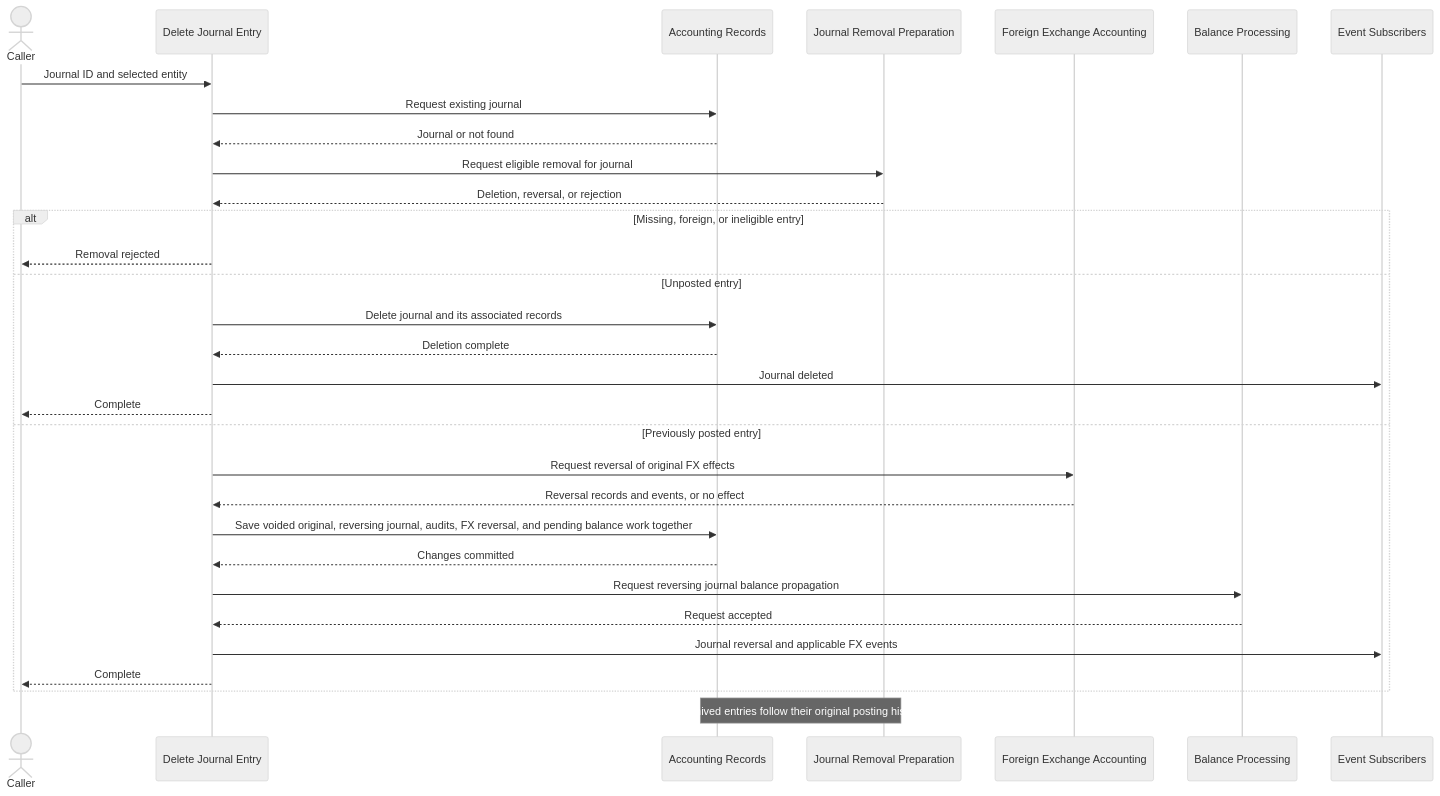
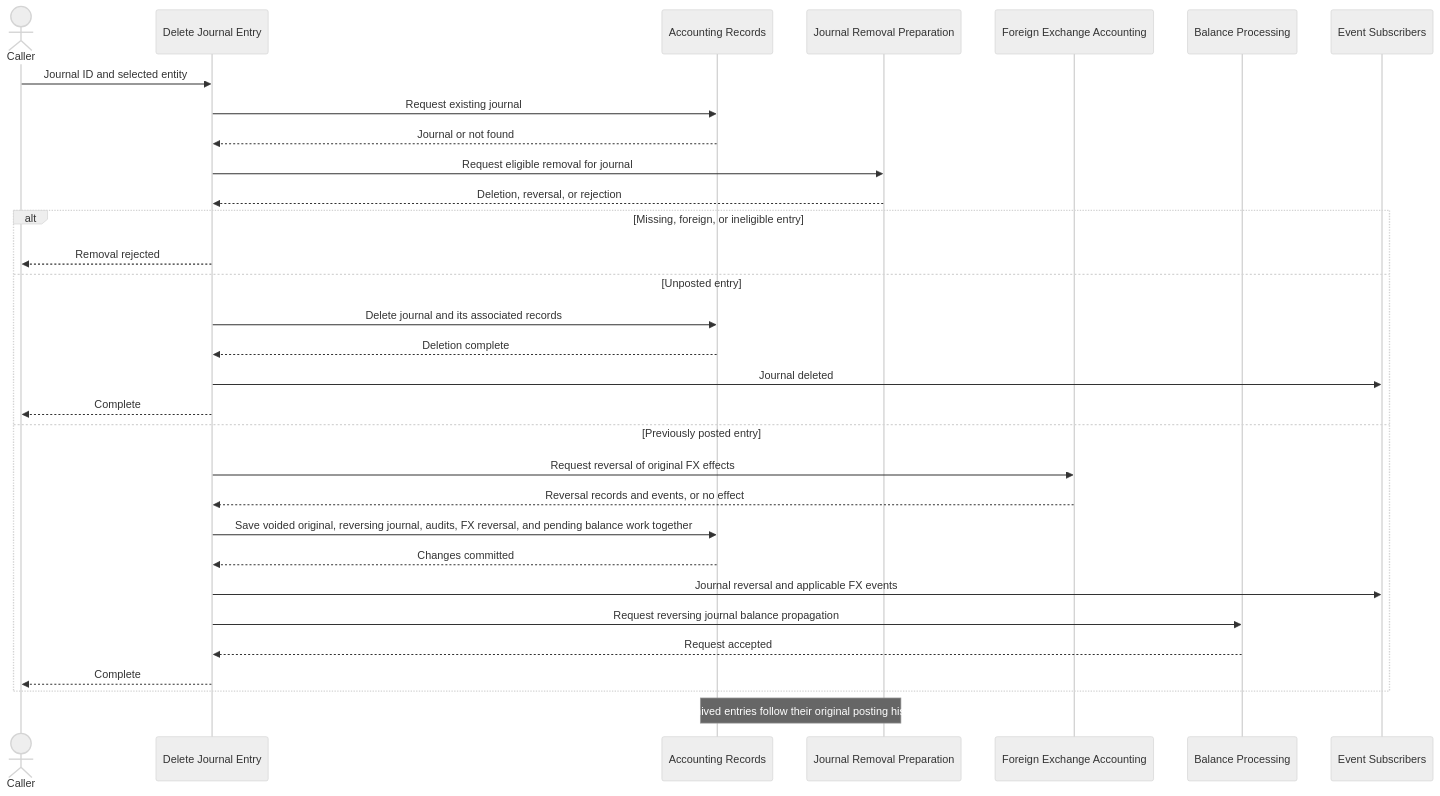
Before and after one commit to drimsheet/drimsheet-core: the diagram in src/app/journal-entry/usecases/__docs__/delete-journal-entry.sequence.md, drawn with Mermaid (neutral theme). The commit also changed other lines of this file and 19 other files, not shown here.

````diff
--- a/src/app/journal-entry/usecases/__docs__/delete-journal-entry.sequence.md
+++ b/src/app/journal-entry/usecases/__docs__/delete-journal-entry.sequence.md
@@ -3,34 +3,34 @@
 ```mermaid
 sequenceDiagram
     actor Caller
     participant Delete as Delete Journal Entry
     participant Records as Accounting Records
     participant Removal as Journal Removal Preparation
     participant FX as Foreign Exchange Accounting
     participant Balances as Balance Processing
     participant Events as Event Subscribers
 
     Caller->>Delete: Journal ID and selected entity
     Delete->>Records: Request existing journal
     Records-->>Delete: Journal or not found
     Delete->>Removal: Request eligible removal for journal
     Removal-->>Delete: Deletion, reversal, or rejection
     alt Missing, foreign, or ineligible entry
         Delete-->>Caller: Removal rejected
     else Unposted entry
         Delete->>Records: Delete journal and its associated records
         Records-->>Delete: Deletion complete
         Delete->>Events: Journal deleted
         Delete-->>Caller: Complete
     else Previously posted entry
         Delete->>FX: Request reversal of original FX effects
         FX-->>Delete: Reversal records and events, or no effect
         Delete->>Records: Save voided original, reversing journal, audits, FX reversal, and pending balance work together
         Records-->>Delete: Changes committed
+        Delete->>Events: Journal reversal and applicable FX events
         Delete->>Balances: Request reversing journal balance propagation
         Balances-->>Delete: Request accepted
-        Delete->>Events: Journal reversal and applicable FX events
         Delete-->>Caller: Complete
     end
     Note over Removal,Records: Archived entries follow their original posting history
 ```
````
